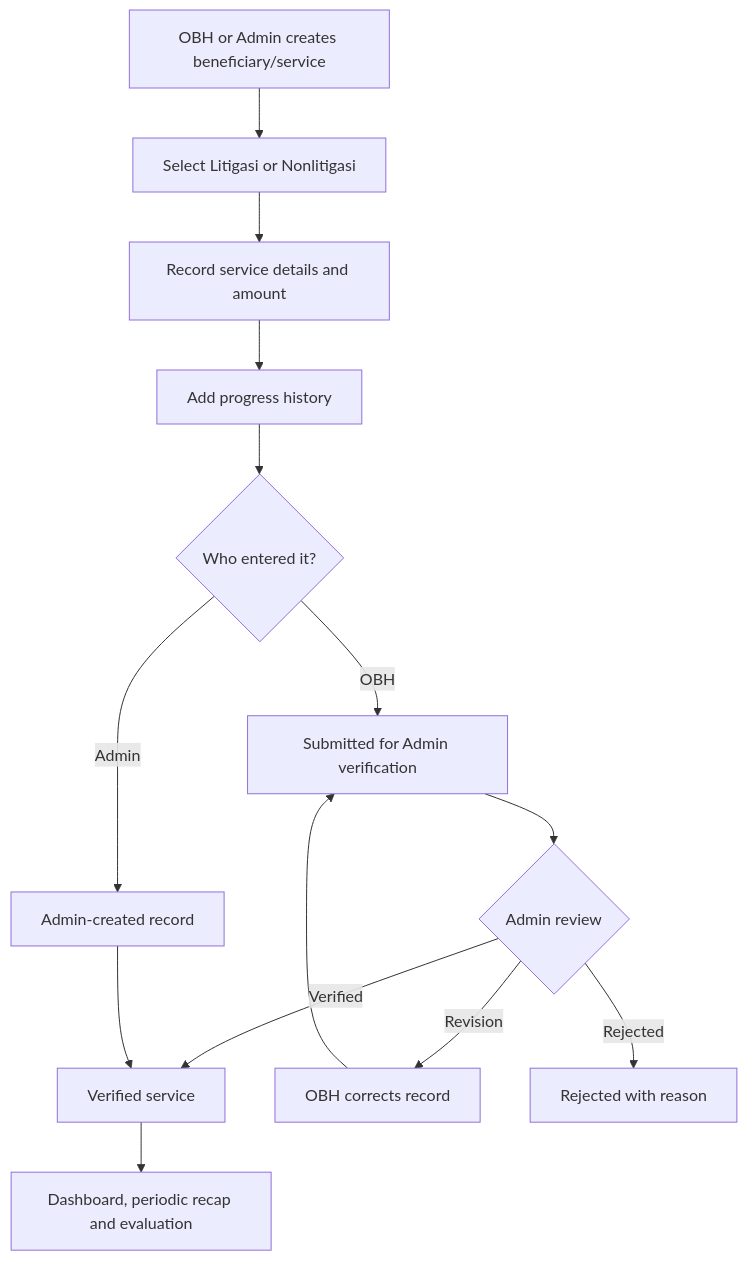
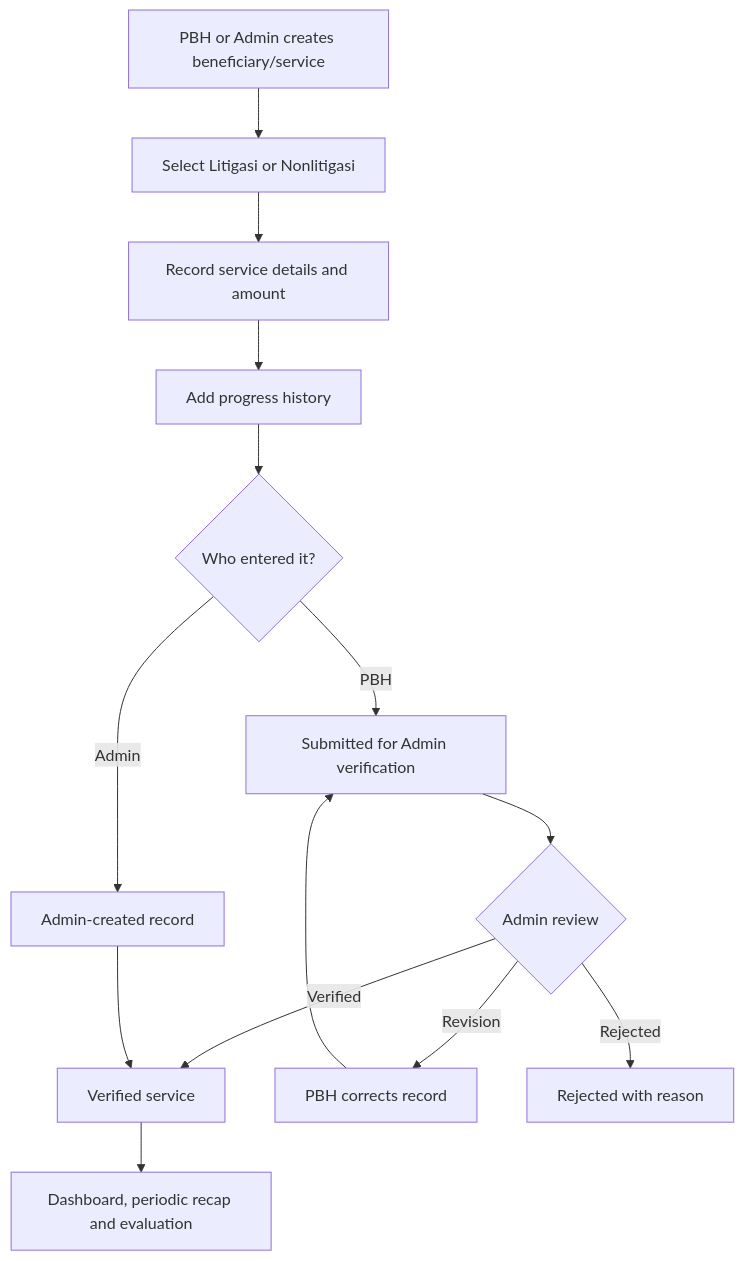
The third of 3 diagrams in docs/ARCHITECTURE.md (sirputin4/SIP-BH-V2), drawn with Mermaid before and after one commit. The commit also changed other lines of this file and 11 other files, not shown here.

````diff
--- a/docs/ARCHITECTURE.md
+++ b/docs/ARCHITECTURE.md
@@ -35,16 +35,16 @@
 ```mermaid
 flowchart TD
-  A[OBH or Admin creates beneficiary/service] --> B[Select Litigasi or Nonlitigasi]
+  A[PBH or Admin creates beneficiary/service] --> B[Select Litigasi or Nonlitigasi]
   B --> C[Record service details and amount]
   C --> D[Add progress history]
   D --> E{Who entered it?}
-  E -->|OBH| F[Submitted for Admin verification]
+  E -->|PBH| F[Submitted for Admin verification]
   E -->|Admin| G[Admin-created record]
   F --> H{Admin review}
   H -->|Verified| I[Verified service]
-  H -->|Revision| J[OBH corrects record]
+  H -->|Revision| J[PBH corrects record]
   J --> F
   H -->|Rejected| K[Rejected with reason]
   G --> I
   I --> L[Dashboard, periodic recap and evaluation]
 ```
````
